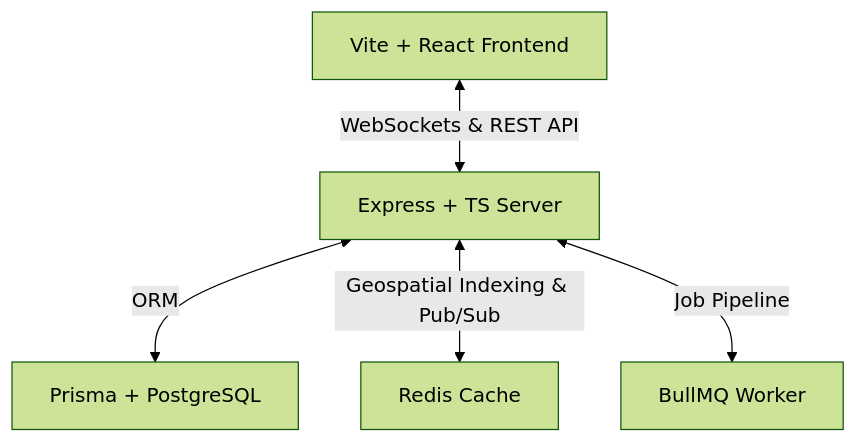
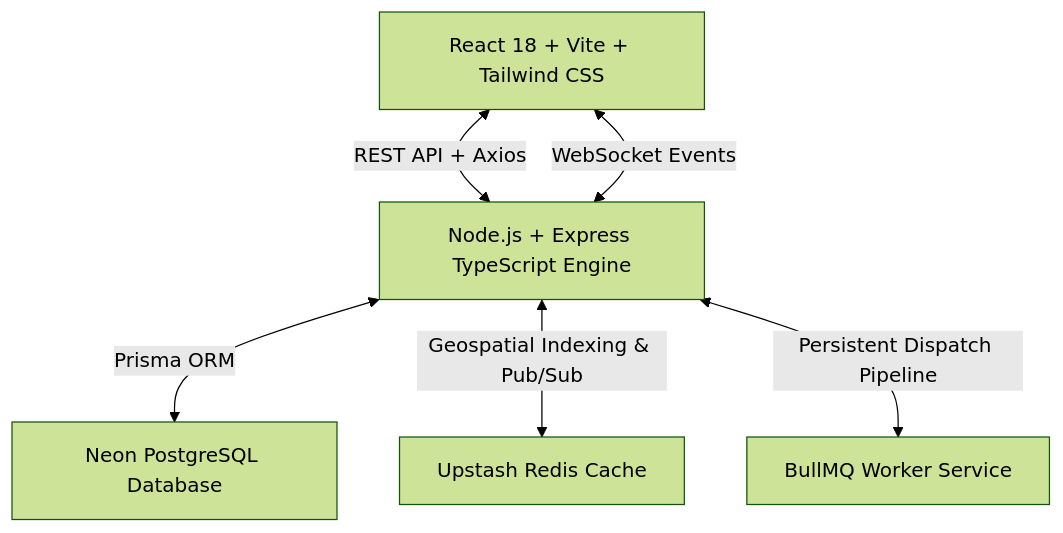
The diagram in README.md (aadi17-arch/cargogo), drawn with Mermaid (forest theme) before and after one commit. The commit also changed other lines of this file, not shown here.

Commit message:
docs: format README.md with modern badges, system architecture, API matrix, and setup guide

````diff
--- a/README.md
+++ b/README.md
@@ -11,7 +63,8 @@
 ```mermaid
 graph TD
-    A[Vite + React Frontend] <-->|WebSockets & REST API| B[Express + TS Server]
-    B <-->|ORM| C[Prisma + PostgreSQL]
-    B <-->|Geospatial Indexing & Pub/Sub| D[Redis Cache]
-    B <-->|Job Pipeline| E[BullMQ Worker]
+    A[React 18 + Vite + Tailwind CSS] <-->|REST API + Axios| B[Node.js + Express TypeScript Engine]
+    A <-->|WebSocket Events| B
+    B <-->|Prisma ORM| C[Neon PostgreSQL Database]
+    B <-->|Geospatial Indexing & Pub/Sub| D[Upstash Redis Cache]
+    B <-->|Persistent Dispatch Pipeline| E[BullMQ Worker Service]
 ```
````
